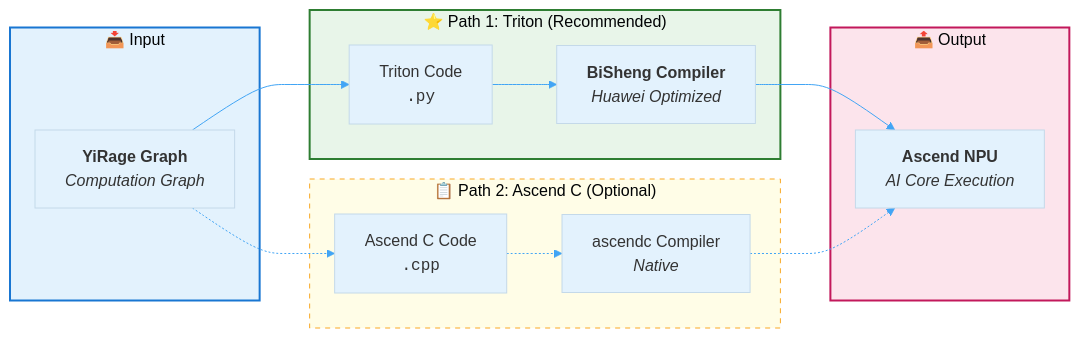
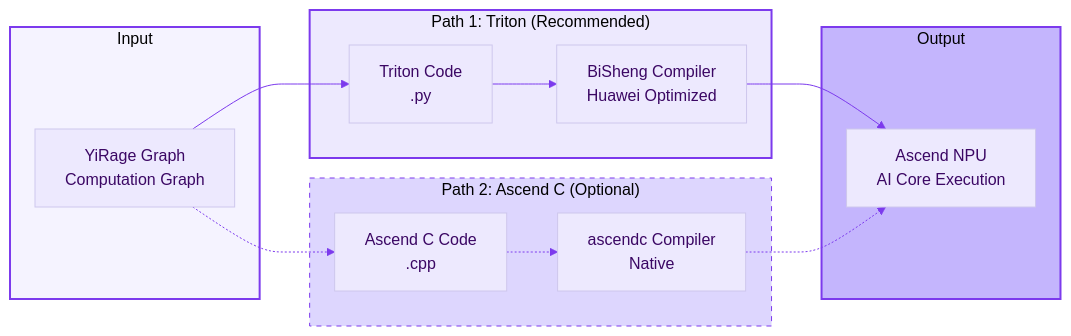
Before and after one commit to chenxingqiang/YiRage: the first of 2 diagrams in docs/ascend_quick_start.md, drawn with Mermaid. The commit also changed other lines of this file and 9 other files, not shown here.

First line of the commit message:
style: unify Mermaid diagrams to minimal purple theme

````diff
--- a/docs/ascend_quick_start.md
+++ b/docs/ascend_quick_start.md
@@ -69,29 +69,29 @@
 ```mermaid
-%%{init: {'theme': 'base', 'themeVariables': { 'primaryColor': '#e3f2fd', 'lineColor': '#42a5f5'}}}%%
+%%{init: {'theme': 'base', 'themeVariables': { 'primaryColor': '#ede9fe', 'primaryTextColor': '#3b0764', 'lineColor': '#7c3aed'}}}%%
 flowchart LR
-    subgraph INPUT["📥 Input"]
-        A["<b>YiRage Graph</b><br/><i>Computation Graph</i>"]
+    subgraph INPUT["Input"]
+        A["YiRage Graph<br/>Computation Graph"]
     end
 
-    subgraph PATH1["⭐ Path 1: Triton (Recommended)"]
-        B["Triton Code<br/><code>.py</code>"]
-        C["<b>BiSheng Compiler</b><br/><i>Huawei Optimized</i>"]
+    subgraph PATH1["Path 1: Triton (Recommended)"]
+        B["Triton Code<br/>.py"]
+        C["BiSheng Compiler<br/>Huawei Optimized"]
     end
 
-    subgraph PATH2["📋 Path 2: Ascend C (Optional)"]
-        D["Ascend C Code<br/><code>.cpp</code>"]
-        E["ascendc Compiler<br/><i>Native</i>"]
+    subgraph PATH2["Path 2: Ascend C (Optional)"]
+        D["Ascend C Code<br/>.cpp"]
+        E["ascendc Compiler<br/>Native"]
     end
 
-    subgraph OUTPUT["📤 Output"]
-        F["<b>Ascend NPU</b><br/><i>AI Core Execution</i>"]
+    subgraph OUTPUT["Output"]
+        F["Ascend NPU<br/>AI Core Execution"]
     end
 
     A --> B --> C --> F
     A -.-> D -.-> E -.-> F
 
-    style INPUT fill:#e3f2fd,stroke:#1976d2,stroke-width:2px
-    style PATH1 fill:#e8f5e9,stroke:#2e7d32,stroke-width:2px
-    style PATH2 fill:#fffde7,stroke:#f9a825,stroke-width:1px,stroke-dasharray: 5 5
-    style OUTPUT fill:#fce4ec,stroke:#c2185b,stroke-width:2px
+    style INPUT fill:#f5f3ff,stroke:#7c3aed,stroke-width:2px
+    style PATH1 fill:#ede9fe,stroke:#7c3aed,stroke-width:2px
+    style PATH2 fill:#ddd6fe,stroke:#7c3aed,stroke-width:1px,stroke-dasharray: 5 5
+    style OUTPUT fill:#c4b5fd,stroke:#7c3aed,stroke-width:2px
 ```
````
